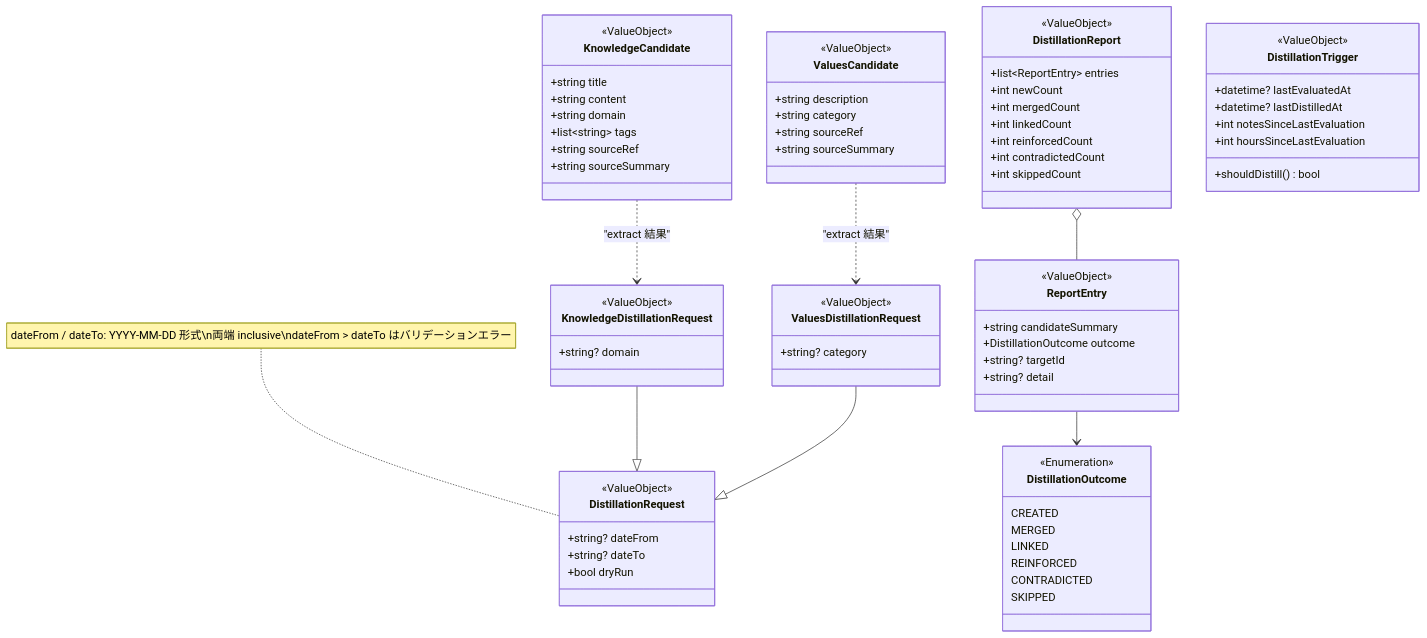
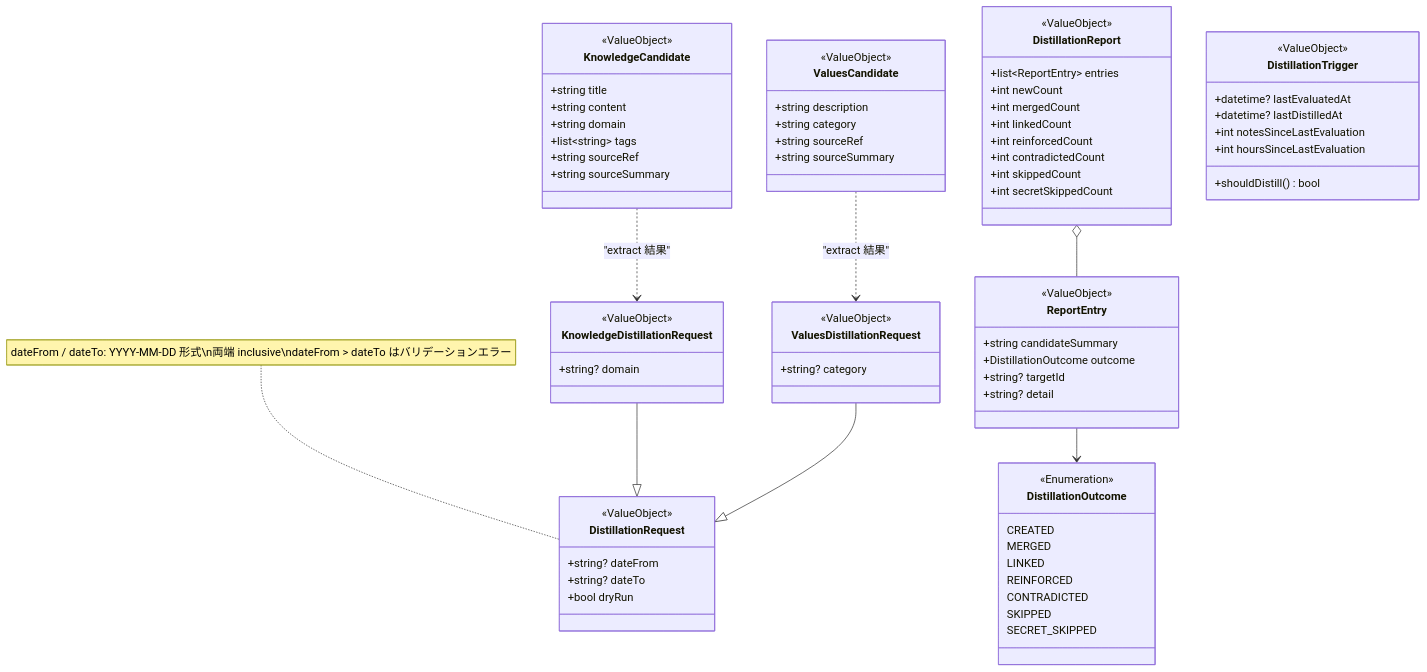
The fourth of 6 diagrams in docs/design/DOMAIN-MODEL-knowledge-values.md (RK0429/agentic-memory), drawn with Mermaid before and after one commit. The commit also changed other lines of this file and 2 other files, not shown here.

```diff
--- a/docs/design/DOMAIN-MODEL-knowledge-values.md
+++ b/docs/design/DOMAIN-MODEL-knowledge-values.md
@@ -360,6 +367,7 @@
         +int reinforcedCount
         +int contradictedCount
         +int skippedCount
+        +int secretSkippedCount
     }
 
     class ReportEntry {
@@ -378,6 +386,7 @@
         REINFORCED
         CONTRADICTED
         SKIPPED
+        SECRET_SKIPPED
     }
 
     class DistillationTrigger {
```
